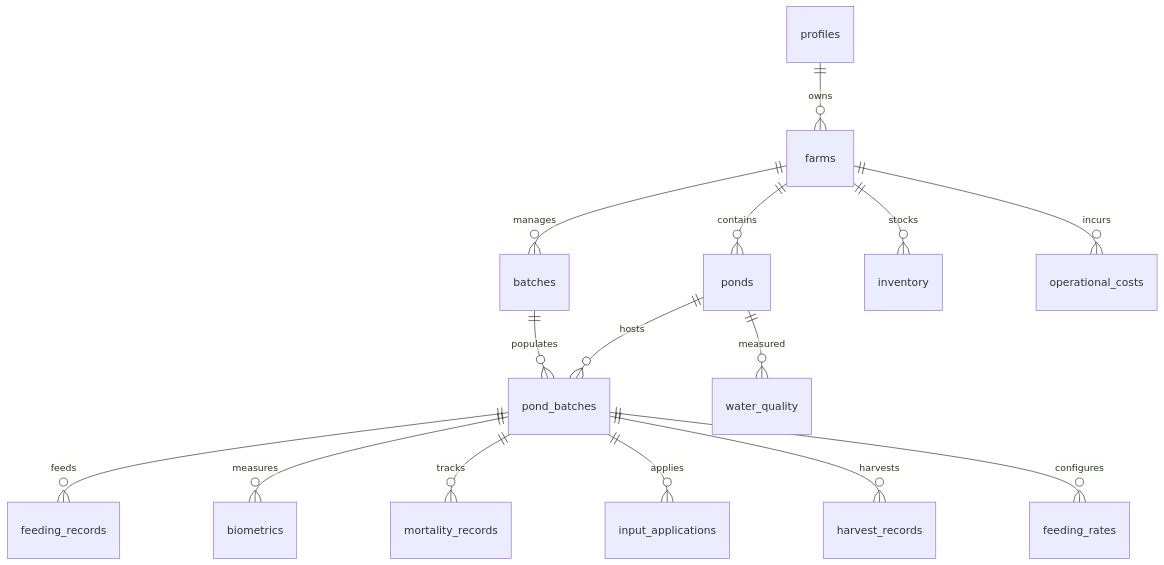
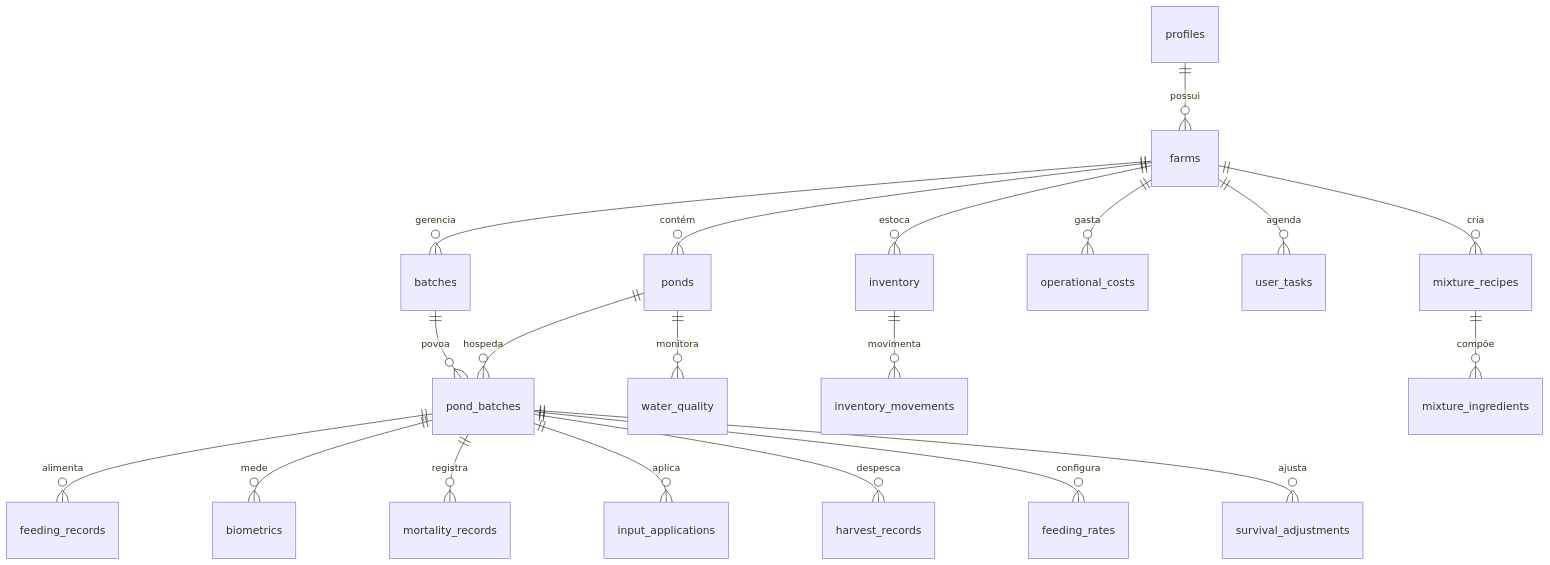
Before and after one commit to xtale55/geko-aguo-culture: the second of 5 diagrams in DOCUMENTACAO.md, drawn with Mermaid. The commit also changed other lines of this file, not shown here.

````diff
--- a/DOCUMENTACAO.md
+++ b/DOCUMENTACAO.md
@@ -111,20 +118,26 @@
 ```mermaid
 erDiagram
-    profiles ||--o{ farms : owns
-    farms ||--o{ ponds : contains
-    farms ||--o{ batches : manages
-    farms ||--o{ inventory : stocks
-    farms ||--o{ operational_costs : incurs
+    profiles ||--o{ farms : "possui"
+    farms ||--o{ ponds : "contém"
+    farms ||--o{ batches : "gerencia"
+    farms ||--o{ inventory : "estoca"
+    farms ||--o{ operational_costs : "gasta"
+    farms ||--o{ user_tasks : "agenda"
+    farms ||--o{ mixture_recipes : "cria"
     
-    ponds ||--o{ pond_batches : hosts
-    ponds ||--o{ water_quality : measured
+    ponds ||--o{ pond_batches : "hospeda"
+    ponds ||--o{ water_quality : "monitora"
     
-    batches ||--o{ pond_batches : populates
+    batches ||--o{ pond_batches : "povoa"
     
-    pond_batches ||--o{ feeding_records : feeds
-    pond_batches ||--o{ biometrics : measures
-    pond_batches ||--o{ mortality_records : tracks
-    pond_batches ||--o{ input_applications : applies
-    pond_batches ||--o{ harvest_records : harvests
-    pond_batches ||--o{ feeding_rates : configures
+    pond_batches ||--o{ feeding_records : "alimenta"
+    pond_batches ||--o{ biometrics : "mede"
+    pond_batches ||--o{ mortality_records : "registra"
+    pond_batches ||--o{ input_applications : "aplica"
+    pond_batches ||--o{ harvest_records : "despesca"
+    pond_batches ||--o{ feeding_rates : "configura"
+    pond_batches ||--o{ survival_adjustments : "ajusta"
+    
+    inventory ||--o{ inventory_movements : "movimenta"
+    mixture_recipes ||--o{ mixture_ingredients : "compõe"
 ```
````
